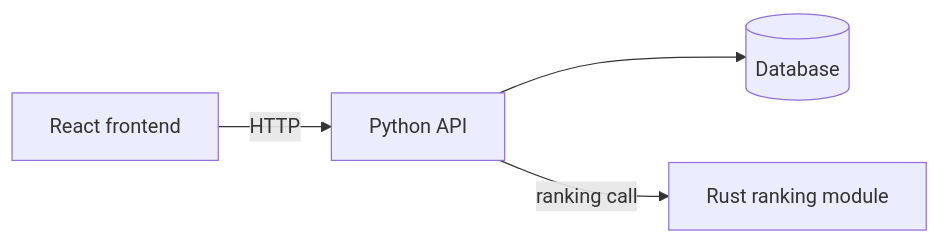
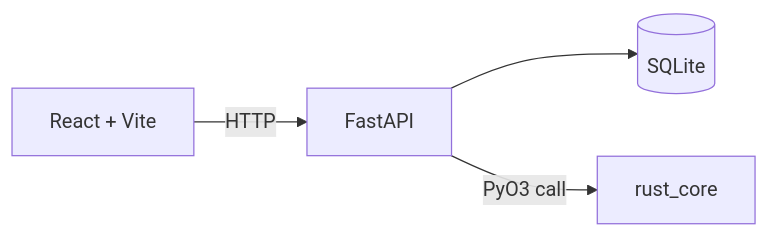
One commit to as9ardth0r/devshelf changed the diagram in README.md. Above: the diagram before and after it, drawn with Mermaid. The commit also changed other lines of this file and 1 other file, not shown here.

````diff
--- a/README.md
+++ b/README.md
@@ -33,6 +22,6 @@
 ```mermaid
 flowchart LR
-    UI[React frontend] -->|HTTP| API[Python API]
-    API --> DB[(Database)]
-    API -->|ranking call| RUST[Rust ranking module]
+    UI[React + Vite] -->|HTTP| API[FastAPI]
+    API --> DB[(SQLite)]
+    API -->|PyO3 call| RUST[rust_core]
 ```
````
